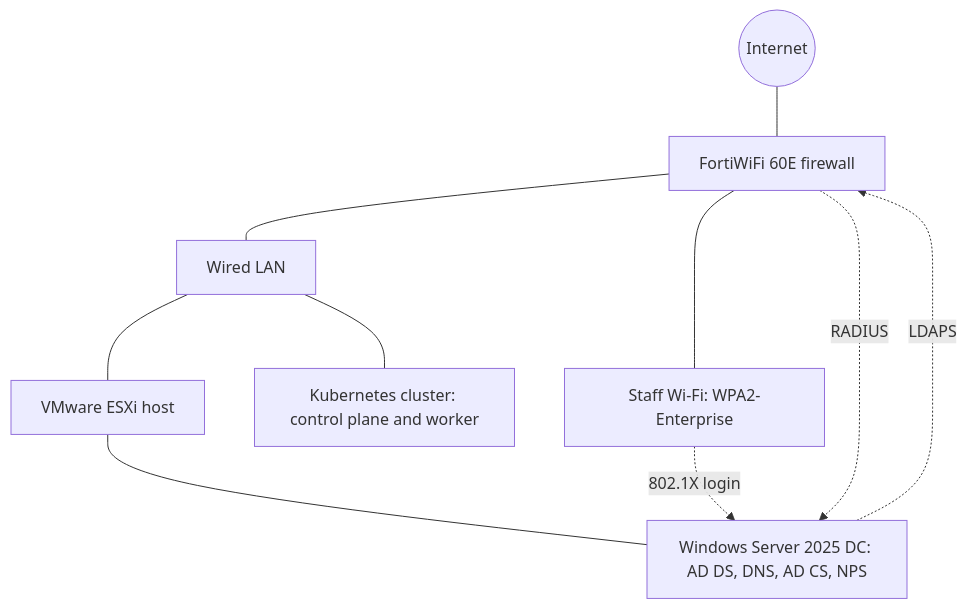
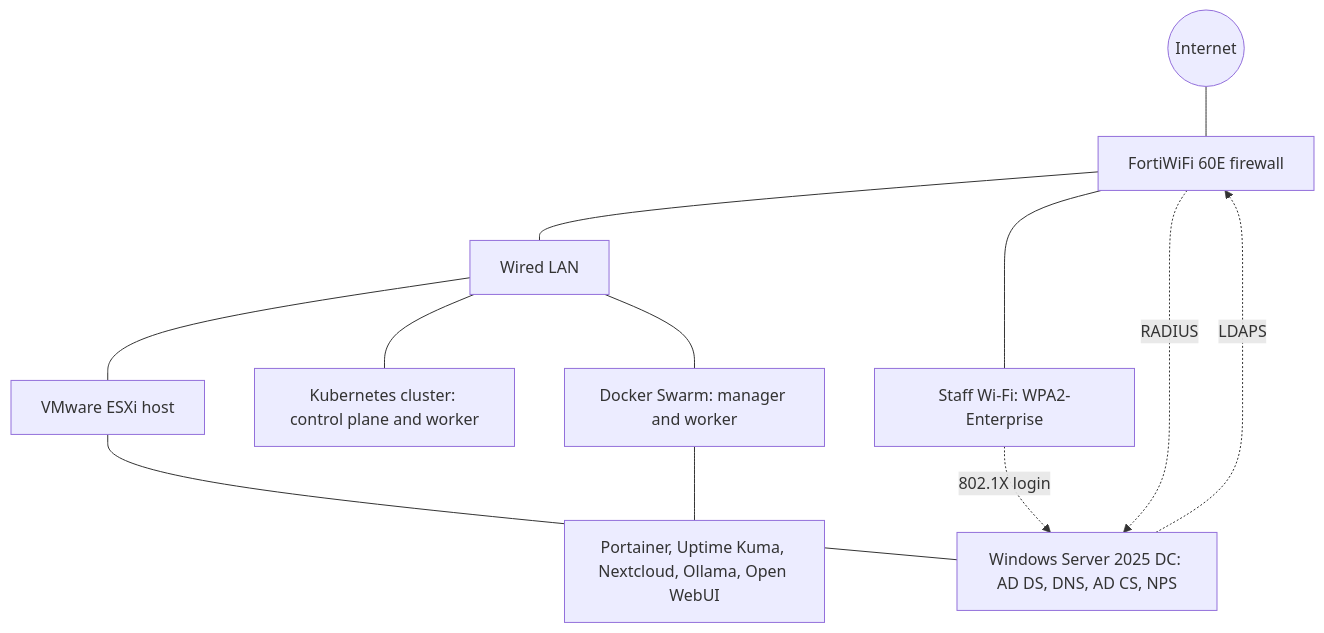
Before and after one commit to devopsai911/Homelab-platform: the first of 2 diagrams in README.md, drawn with Mermaid.

Commit message:
Add Docker Swarm to architecture diagram

````diff
--- a/README.md
+++ b/README.md
@@ -7,12 +7,14 @@
 ```mermaid
 flowchart TB
   Internet((Internet)) --- FG["FortiWiFi 60E firewall"]
   FG --- LAN["Wired LAN"]
   FG --- WIFI["Staff Wi-Fi: WPA2-Enterprise"]
   LAN --- ESXI["VMware ESXi host"]
   ESXI --- DC["Windows Server 2025 DC: AD DS, DNS, AD CS, NPS"]
   LAN --- K8S["Kubernetes cluster: control plane and worker"]
+  LAN --- SWARM["Docker Swarm: manager and worker"]
+  SWARM --- APPS["Portainer, Uptime Kuma, Nextcloud, Ollama, Open WebUI"]
   DC -.->|"LDAPS"| FG
   FG -.->|"RADIUS"| DC
   WIFI -.->|"802.1X login"| DC
 ```
````
